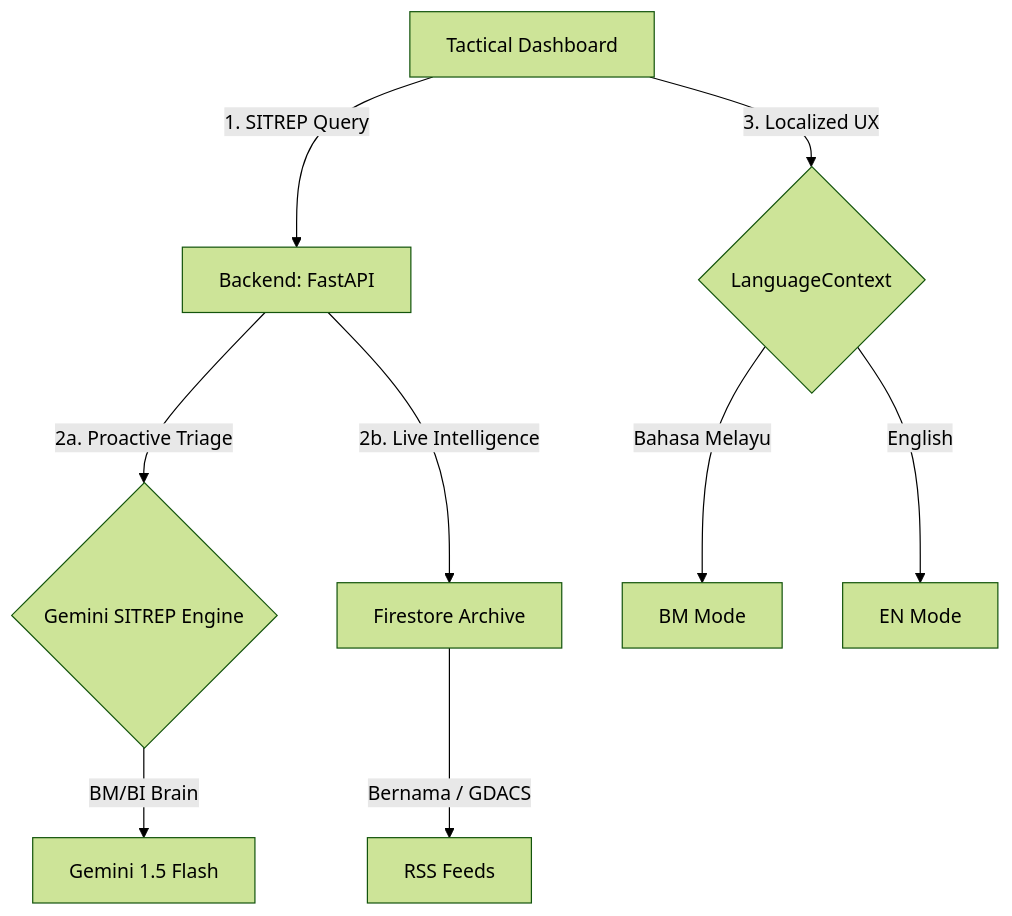
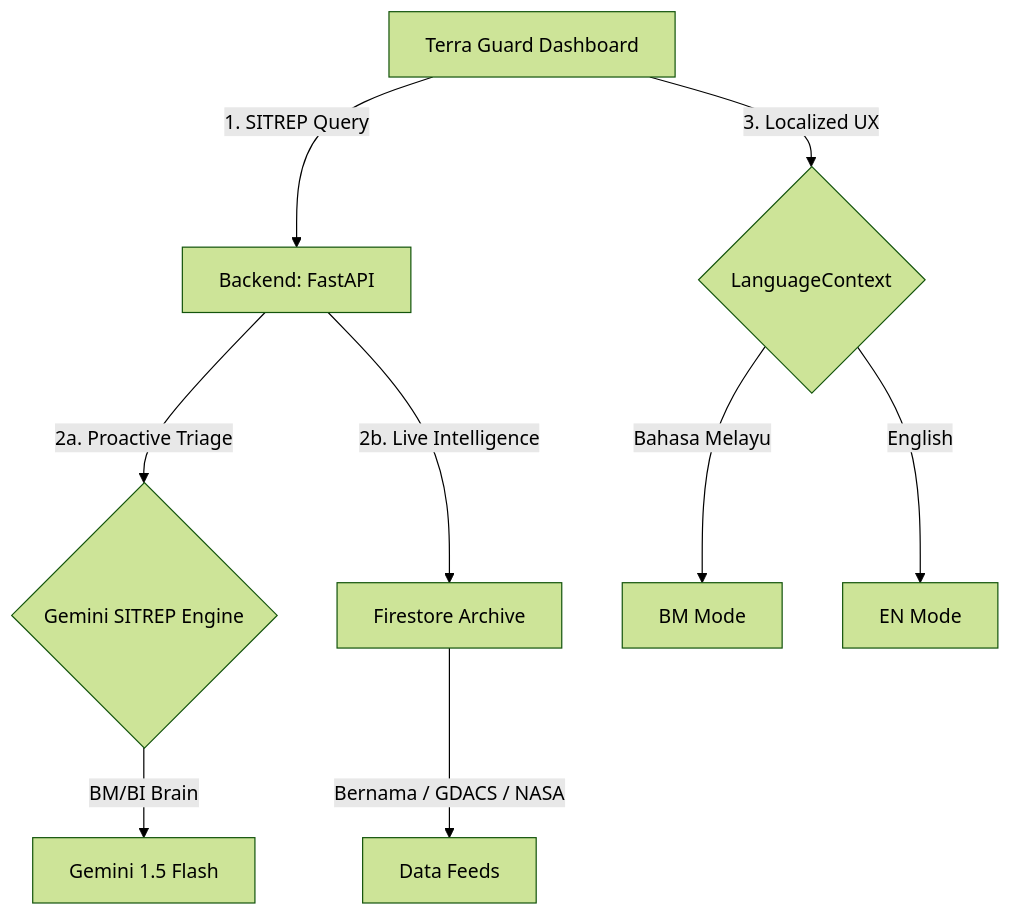
The diagram in README.md (thaqifzlfth123-spec/natures-event), drawn with Mermaid (forest theme) before and after one commit. The commit also changed other lines of this file, not shown here.

Commit message:
docs: rename project to Terra Guard and expand README with detailed feature descriptions and setup instructions

````diff
--- a/README.md
+++ b/README.md
@@ -7,11 +28,11 @@
 ```mermaid
 graph TD
-    A[Tactical Dashboard] -- "1. SITREP Query" --> B[Backend: FastAPI]
+    A[Terra Guard Dashboard] -- "1. SITREP Query" --> B[Backend: FastAPI]
     B -- "2a. Proactive Triage" --> C{Gemini SITREP Engine}
     C -- "BM/BI Brain" --> D[Gemini 1.5 Flash]
     B -- "2b. Live Intelligence" --> E[Firestore Archive]
-    E -- "Bernama / GDACS" --> F[RSS Feeds]
+    E -- "Bernama / GDACS / NASA" --> F[Data Feeds]
     A -- "3. Localized UX" --> G{LanguageContext}
     G -- "Bahasa Melayu" --> H[BM Mode]
     G -- "English" --> I[EN Mode]
 ```
````
